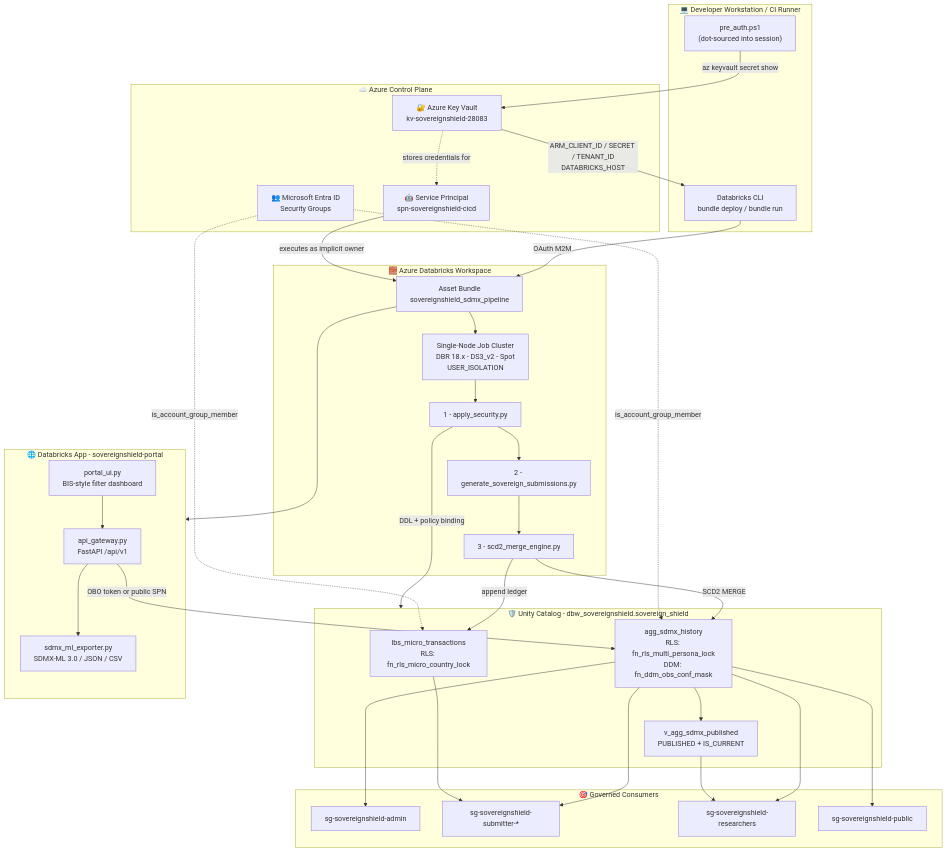
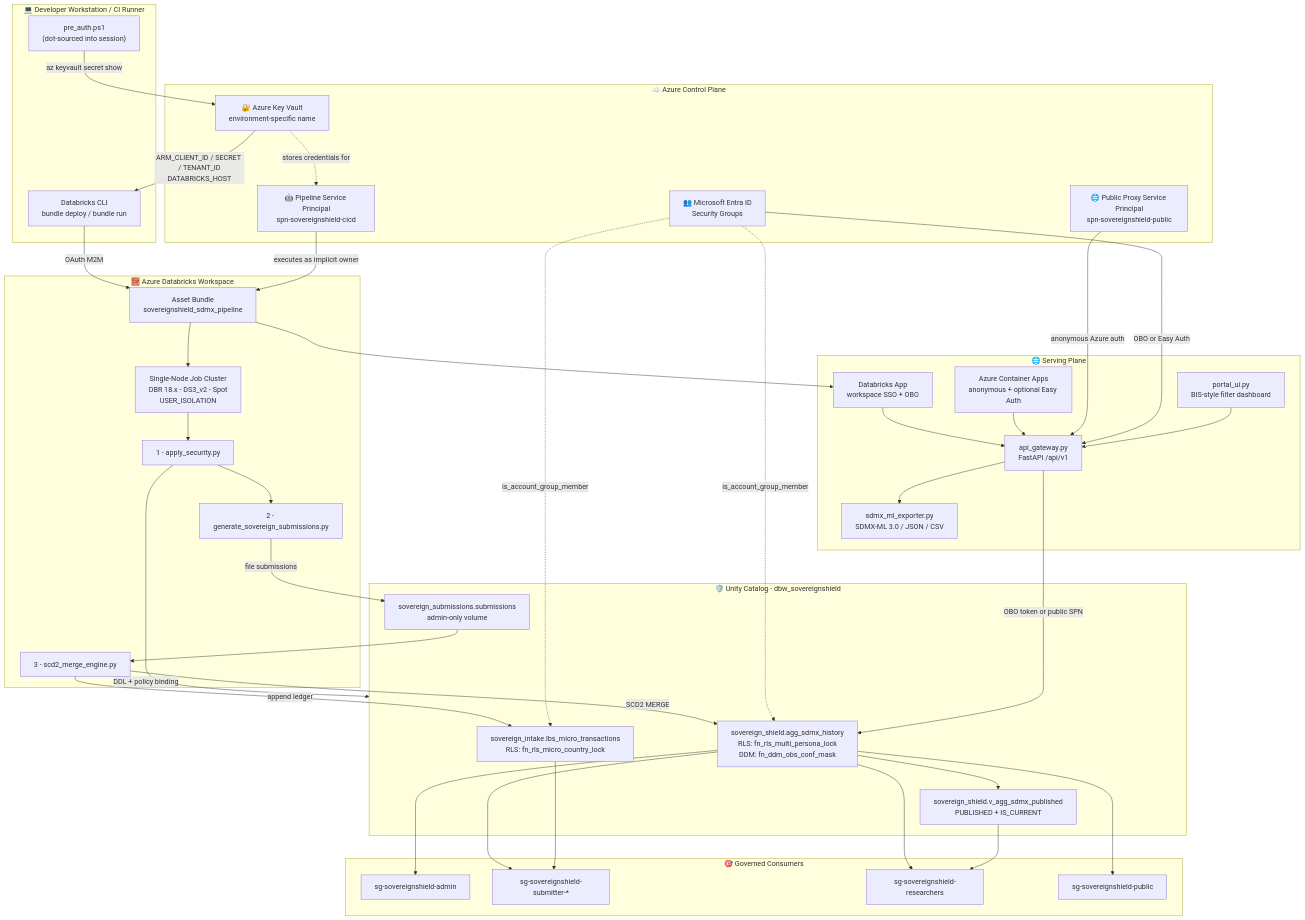
One commit to botlhale/sovereign-shield changed the diagram in README.md. Above: the diagram before and after it, drawn with Mermaid. The commit also changed other lines of this file and 16 other files, not shown here.

Commit message:
Align documentation with deployed architecture

````diff
--- a/README.md
+++ b/README.md
@@ -47,64 +49,74 @@
 ```mermaid
 flowchart TB
     subgraph LOCAL["💻 Developer Workstation / CI Runner"]
         AUTH["pre_auth.ps1<br/>(dot-sourced into session)"]
         CLI["Databricks CLI<br/>bundle deploy / bundle run"]
     end
 
     subgraph AZURE["☁️ Azure Control Plane"]
-        KV["🔐 Azure Key Vault<br/>kv-sovereignshield-28083"]
-        SPN["🤖 Service Principal<br/>spn-sovereignshield-cicd"]
+        KV["🔐 Azure Key Vault<br/>environment-specific name"]
+        SPN["🤖 Pipeline Service Principal<br/>spn-sovereignshield-cicd"]
+        PUBLICSPN["🌐 Public Proxy Service Principal<br/>spn-sovereignshield-public"]
         ENTRA["👥 Microsoft Entra ID<br/>Security Groups"]
     end
 
     subgraph DBX["🧱 Azure Databricks Workspace"]
         DAB["Asset Bundle<br/>sovereignshield_sdmx_pipeline"]
         COMPUTE["Single-Node Job Cluster<br/>DBR 18.x - DS3_v2 - Spot<br/>USER_ISOLATION"]
         T1["1 - apply_security.py"]
         T2["2 - generate_sovereign_submissions.py"]
         T3["3 - scd2_merge_engine.py"]
     end
 
-    subgraph UC["🛡️ Unity Catalog - dbw_sovereignshield.sovereign_shield"]
-        MICRO["lbs_micro_transactions<br/>RLS: fn_rls_micro_country_lock"]
-        MACRO["agg_sdmx_history<br/>RLS: fn_rls_multi_persona_lock<br/>DDM: fn_ddm_obs_conf_mask"]
-        VIEW["v_agg_sdmx_published<br/>PUBLISHED + IS_CURRENT"]
+    subgraph UC["🛡️ Unity Catalog - dbw_sovereignshield"]
+        MICRO["sovereign_intake.lbs_micro_transactions<br/>RLS: fn_rls_micro_country_lock"]
+        MACRO["sovereign_shield.agg_sdmx_history<br/>RLS: fn_rls_multi_persona_lock<br/>DDM: fn_ddm_obs_conf_mask"]
+        VIEW["sovereign_shield.v_agg_sdmx_published<br/>PUBLISHED + IS_CURRENT"]
+        VOLUME["sovereign_submissions.submissions<br/>admin-only volume"]
     end
 
-    subgraph PORTAL["🌐 Databricks App - sovereignshield-portal"]
+    subgraph PORTAL["🌐 Serving Plane"]
+        DBAPP["Databricks App<br/>workspace SSO + OBO"]
+        ACA["Azure Container Apps<br/>anonymous + optional Easy Auth"]
         API["api_gateway.py<br/>FastAPI /api/v1"]
         UI["portal_ui.py<br/>BIS-style filter dashboard"]
         EXP["sdmx_ml_exporter.py<br/>SDMX-ML 3.0 / JSON / CSV"]
     end
 
     subgraph CONSUMERS["🎯 Governed Consumers"]
         ADMIN["sg-sovereignshield-admin"]
         SUB["sg-sovereignshield-submitter-*"]
         RES["sg-sovereignshield-researchers"]
         PUB["sg-sovereignshield-public"]
     end
 
     AUTH -->|az keyvault secret show| KV
     KV -->|ARM_CLIENT_ID / SECRET / TENANT_ID<br/>DATABRICKS_HOST| CLI
     KV -.->|stores credentials for| SPN
     CLI -->|OAuth M2M| DAB
     SPN -->|executes as implicit owner| DAB
     DAB --> COMPUTE
-    DAB --> PORTAL
-    COMPUTE --> T1 --> T2 --> T3
+    DAB --> DBAPP
+    DBAPP --> API
+    ACA --> API
+    PUBLICSPN -->|anonymous Azure auth| API
+    ENTRA -->|OBO or Easy Auth| API
+    COMPUTE --> T1 --> T2
+    T2 -->|file submissions| VOLUME
+    VOLUME --> T3
     T1 -->|DDL + policy binding| UC
     T3 -->|append ledger| MICRO
     T3 -->|SCD2 MERGE| MACRO
     MACRO --> VIEW
     ENTRA -.->|is_account_group_member| MACRO
     ENTRA -.->|is_account_group_member| MICRO
     UI --> API
     API --> EXP
     API -->|OBO token or public SPN| MACRO
     MACRO --> ADMIN
     MACRO --> SUB
     MACRO --> RES
     MACRO --> PUB
     MICRO --> SUB
     VIEW --> RES
 ```
````
